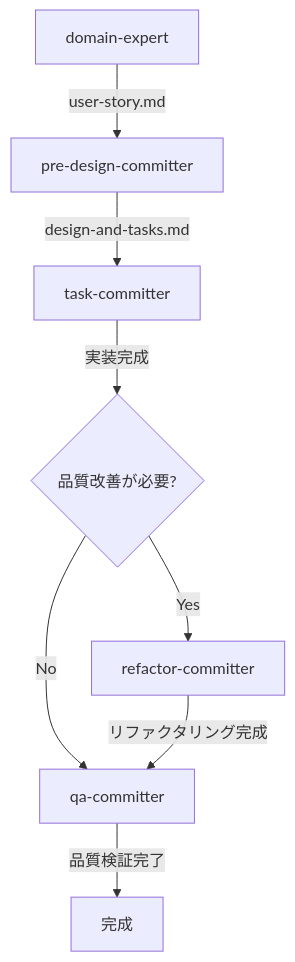
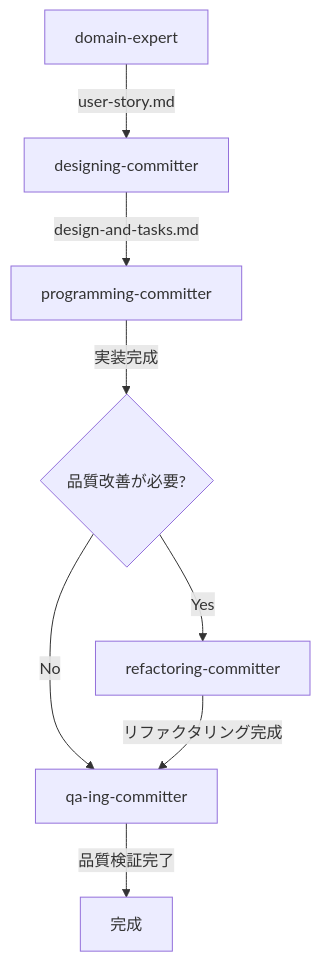
Before and after one commit to haru01/take8_effect_ddd_sample: the second of 2 diagrams in CLAUDE.md, drawn with Mermaid. The commit also changed other lines of this file and 7 other files, not shown here.

````diff
--- a/CLAUDE.md
+++ b/CLAUDE.md
@@ -862,11 +862,11 @@
 ```mermaid
 graph TD
-    A[domain-expert] -->|user-story.md| B[pre-design-committer]
-    B -->|design-and-tasks.md| C[task-committer]
+    A[domain-expert] -->|user-story.md| B[designing-committer]
+    B -->|design-and-tasks.md| C[programming-committer]
     C -->|実装完成| D{品質改善が必要?}
-    D -->|Yes| E[refactor-committer]
-    D -->|No| F[qa-committer]
-    E -->|リファクタリング完成| F[qa-committer]
+    D -->|Yes| E[refactoring-committer]
+    D -->|No| F[qa-ing-committer]
+    E -->|リファクタリング完成| F[qa-ing-committer]
     F -->|品質検証完了| G[完成]
 
 ```
````
